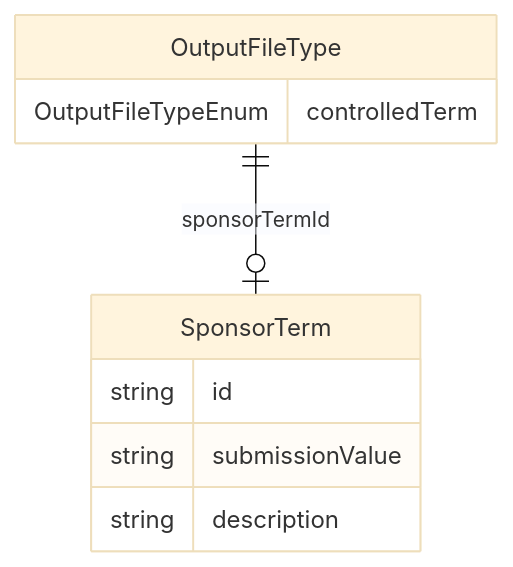
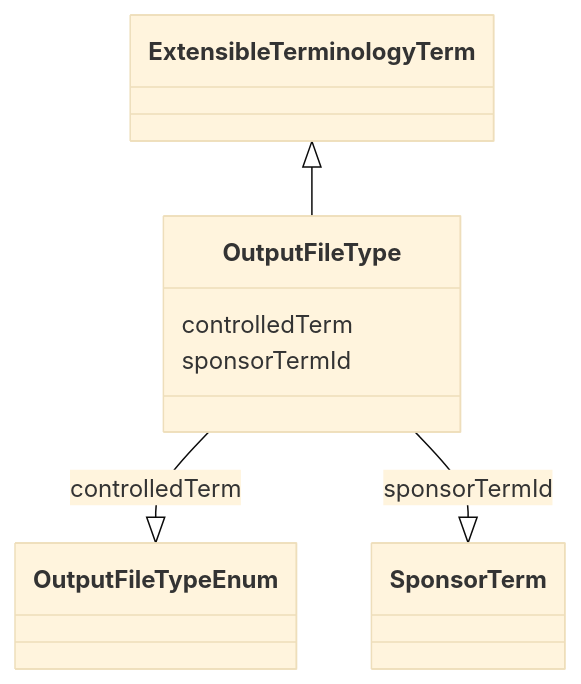
The diagram in project/docs/OutputFileType.md (cdisc-org/analysis-results-standard), drawn with Mermaid (base theme) before and after one commit. The commit also changed 256 other files, not shown here.

Commit message:
Documentation diagrams

````diff
--- a/project/docs/OutputFileType.md
+++ b/project/docs/OutputFileType.md
@@ -13,14 +15,15 @@
 ```mermaid
-erDiagram
-OutputFileType {
-    OutputFileTypeEnum controlledTerm  
-}
-SponsorTerm {
-    string id  
-    string submissionValue  
-    string description  
-}
-
-OutputFileType ||--|o SponsorTerm : "sponsorTermId"
-
+ classDiagram
+    class OutputFileType
+      ExtensibleTerminologyTerm <|-- OutputFileType
+      
+      OutputFileType : controlledTerm
+        
+          OutputFileType --|> OutputFileTypeEnum : controlledTerm
+        
+      OutputFileType : sponsorTermId
+        
+          OutputFileType --|> SponsorTerm : sponsorTermId
+        
+      
 ```
````
